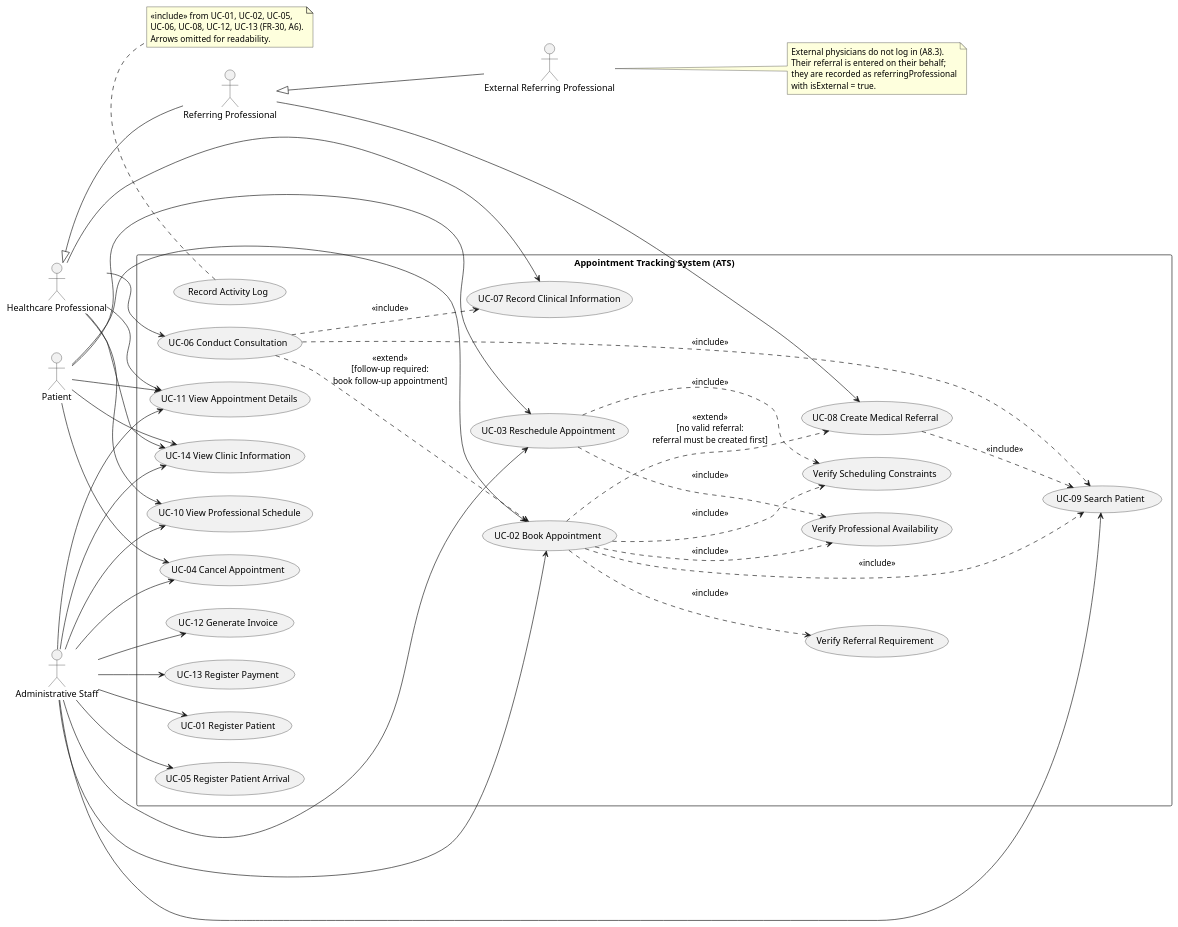
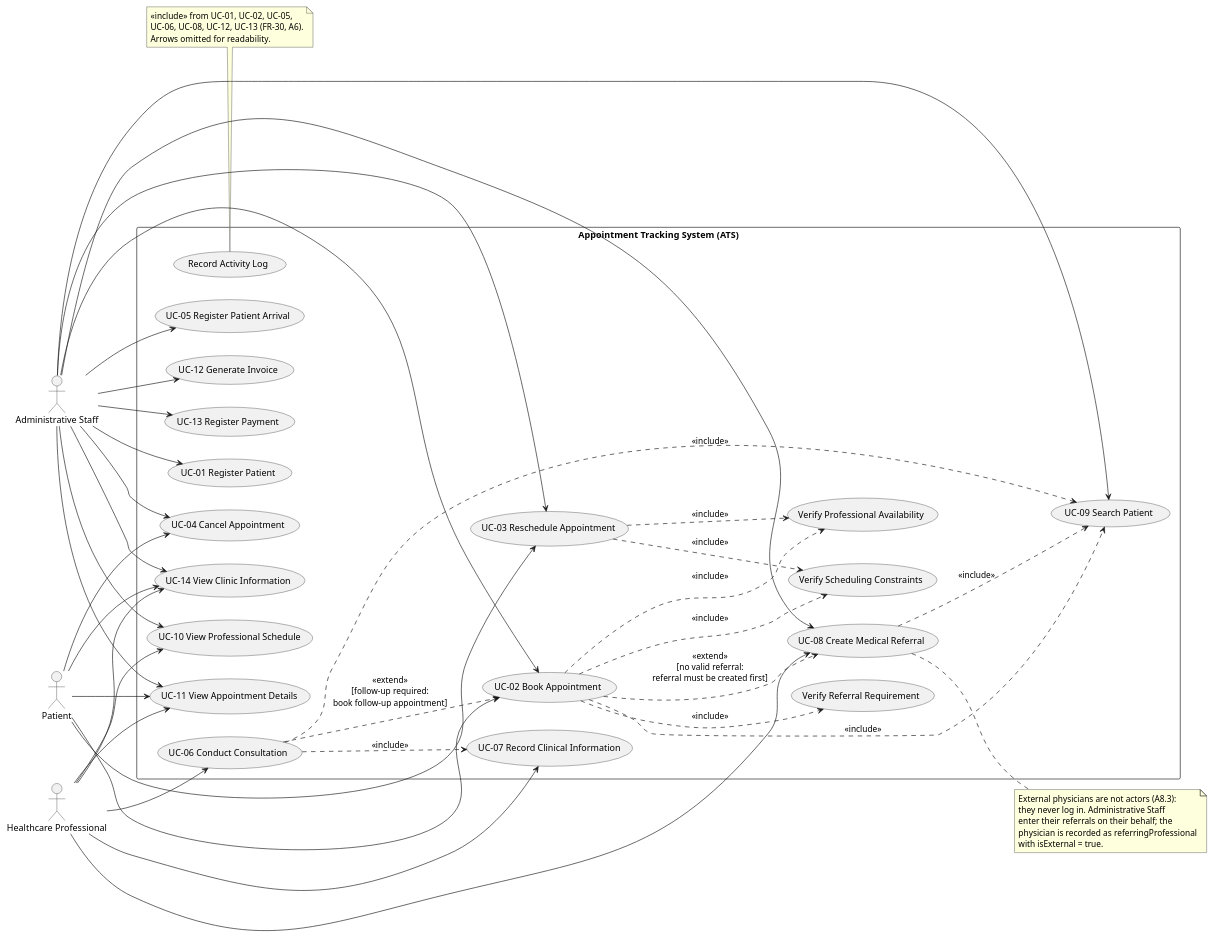
One commit to ArhamAkram/SOEN342-project changed the diagram in reference-drafts/iteration-1/01-use-case-diagram.md. Above: the diagram before and after it, drawn with PlantUML. The commit also changed other lines of this file, not shown here.

First line of the commit message:
Revise use case diagram roles and associations

```diff
--- a/reference-drafts/iteration-1/01-use-case-diagram.md
+++ b/reference-drafts/iteration-1/01-use-case-diagram.md
@@ -80,11 +80,6 @@
 actor "Patient" as Patient
 actor "Administrative Staff" as Admin
 actor "Healthcare Professional" as HCP
-actor "Referring Professional" as Referrer
-actor "External Referring Professional" as ExtReferrer
-
-Referrer -up-|> HCP
-ExtReferrer -up-|> Referrer
 
 rectangle "Appointment Tracking System (ATS)" {
 
@@ -124,7 +119,8 @@
 Admin --> UC05
 HCP --> UC06
 HCP --> UC07
-Referrer --> UC08
+HCP --> UC08
+Admin --> UC08
 Admin --> UC09
 Admin --> UC10
 HCP --> UC10
@@ -158,10 +154,11 @@
   Arrows omitted for readability.
 end note
 
-note right of ExtReferrer
-  External physicians do not log in (A8.3).
-  Their referral is entered on their behalf;
-  they are recorded as referringProfessional
+note right of UC08
+  External physicians are not actors (A8.3):
+  they never log in. Administrative Staff
+  enter their referrals on their behalf; the
+  physician is recorded as referringProfessional
   with isExternal = true.
 end note
 @enduml
```
